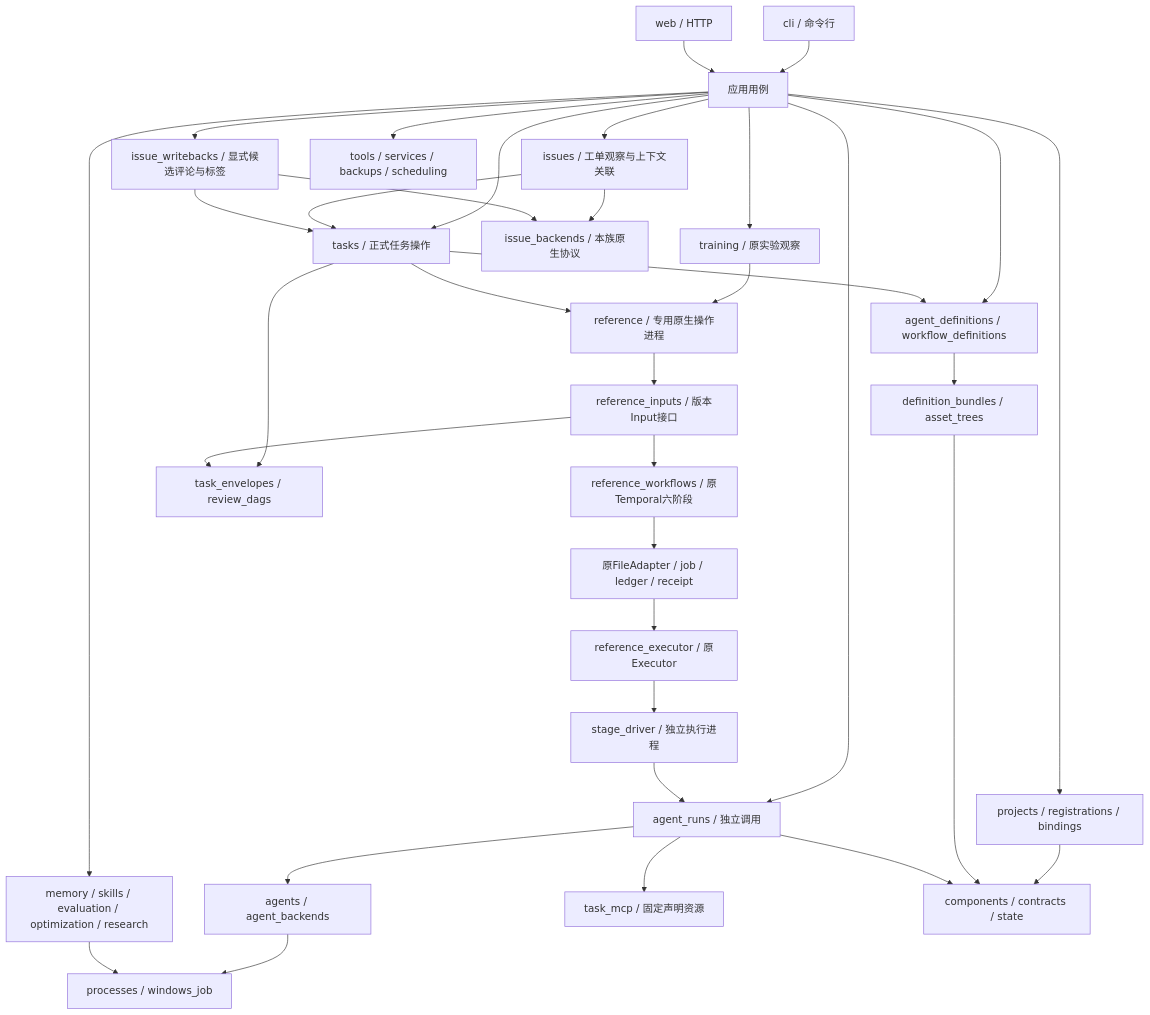
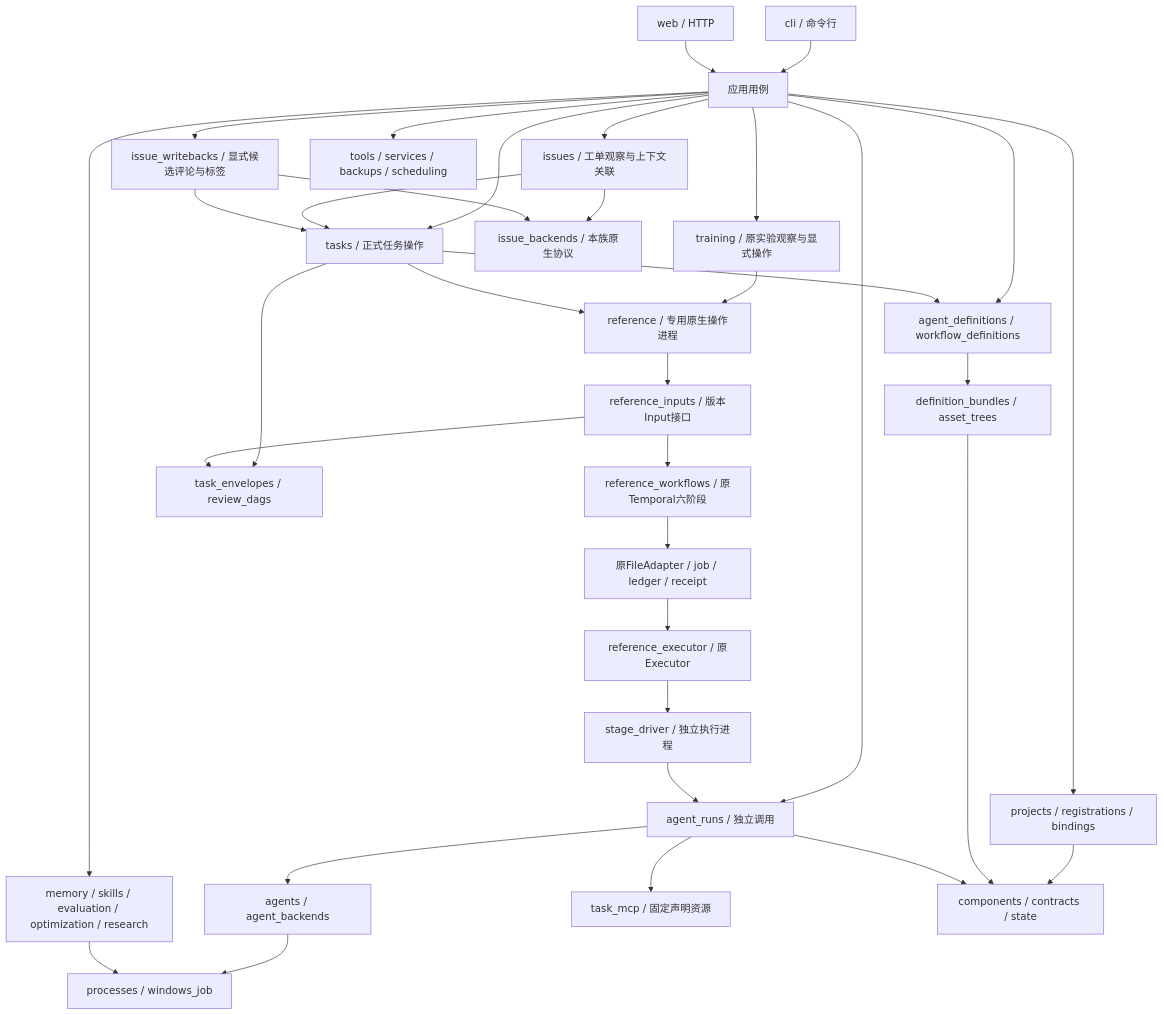
The first of 7 diagrams in docs/architecture/current.md (626619403/Ergora), drawn with Mermaid before and after one commit. The commit also changed other lines of this file and 26 other files, not shown here.

````diff
--- a/docs/architecture/current.md
+++ b/docs/architecture/current.md
@@ -11,37 +11,37 @@
 ```mermaid
 flowchart TB
   CLI[cli / 命令行] --> Uses[应用用例]
   HTTP[web / HTTP] --> Uses
   Uses --> Project[projects / registrations / bindings]
   Uses --> Tasks[tasks / 正式任务操作]
-  Uses --> Training[training / 原实验观察]
+  Uses --> Training[training / 原实验观察与显式操作]
   Training --> Reference
   Uses --> Issues[issues / 工单观察与上下文关联]
   Issues --> IssueBackends[issue_backends / 本族原生协议]
   Issues --> Tasks
   Uses --> Writebacks[issue_writebacks / 显式候选评论与标签]
   Writebacks --> IssueBackends
   Writebacks --> Tasks
   Uses --> Library[agent_definitions / workflow_definitions]
   Uses --> Runs[agent_runs / 独立调用]
   Uses --> Evolution[memory / skills / evaluation / optimization / research]
   Uses --> Ops[tools / services / backups / scheduling]
   Library --> Bundles[definition_bundles / asset_trees]
   Tasks --> Library
   Tasks --> Reference[reference / 专用原生操作进程]
   Reference --> Input[reference_inputs / 版本Input接口]
   Input --> Flow[reference_workflows / 原Temporal六阶段]
   Flow --> Files[原FileAdapter / job / ledger / receipt]
   Files --> Executor[reference_executor / 原Executor]
   Executor --> Driver[stage_driver / 独立执行进程]
   Driver --> Runs
   Runs --> Agents[agents / agent_backends]
   Runs --> MCP[task_mcp / 固定声明资源]
   Agents --> Processes[processes / windows_job]
   Evolution --> Processes
   Project --> Base[components / contracts / state]
   Bundles --> Base
   Runs --> Base
   Tasks --> Envelope[task_envelopes / review_dags]
   Input --> Envelope
 ```
````
